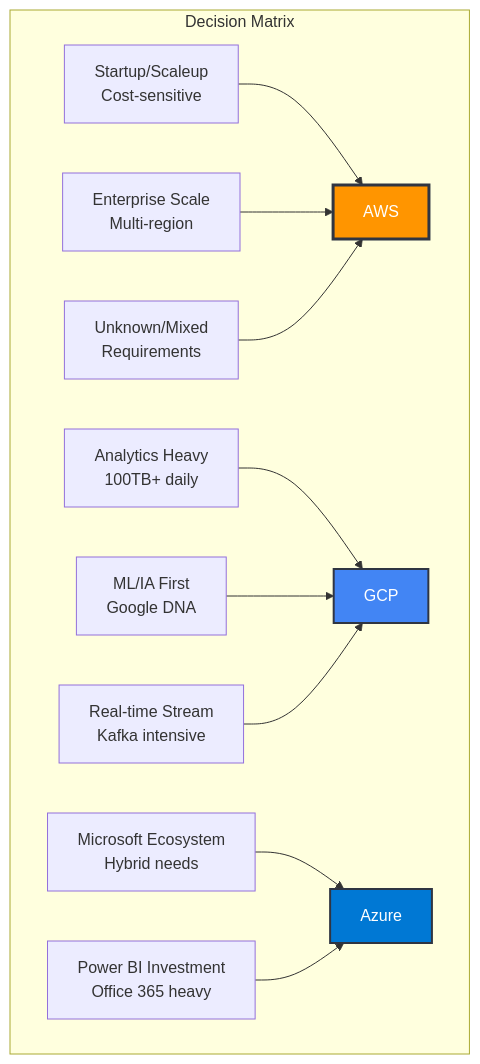
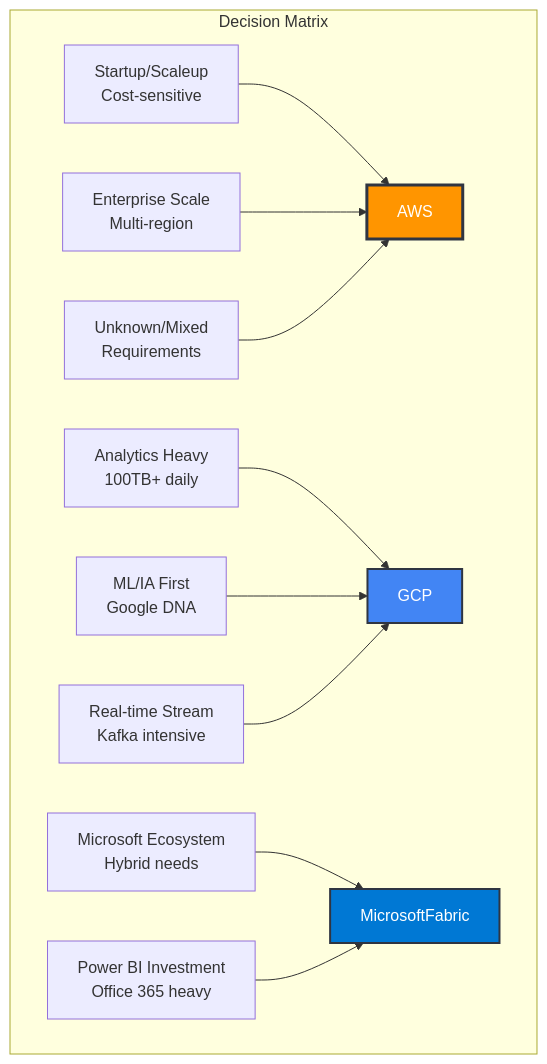
Before and after one commit to arielmmdx/offering: the eighth of 17 diagrams in OFFERING.md, drawn with Mermaid. The commit also changed other lines of this file, not shown here.

````diff
--- a/OFFERING.md
+++ b/OFFERING.md
@@ -380,17 +379,17 @@
 ```mermaid
 graph TB
     subgraph "Decision Matrix"
         A[Startup/Scaleup<br/>Cost-sensitive] --> AWS
         B[Analytics Heavy<br/>100TB+ daily] --> GCP
-        C[Microsoft Ecosystem<br/>Hybrid needs] --> Azure
+        C[Microsoft Ecosystem<br/>Hybrid needs] --> MicrosoftFabric
         D[ML/IA First<br/>Google DNA] --> GCP
         E[Enterprise Scale<br/>Multi-region] --> AWS
         F[Real-time Stream<br/>Kafka intensive] --> GCP
-        G[Power BI Investment<br/>Office 365 heavy] --> Azure
+        G[Power BI Investment<br/>Office 365 heavy] --> MicrosoftFabric
         H[Unknown/Mixed<br/>Requirements] --> AWS
     end
     
     style AWS fill:#ff9500,stroke:#2f3542,stroke-width:3px,color:#fff
     style GCP fill:#4285f4,stroke:#2f3542,stroke-width:2px,color:#fff
-    style Azure fill:#0078d4,stroke:#2f3542,stroke-width:2px,color:#fff
+    style MicrosoftFabric fill:#0078d4,stroke:#2f3542,stroke-width:2px,color:#fff
 ```
````
